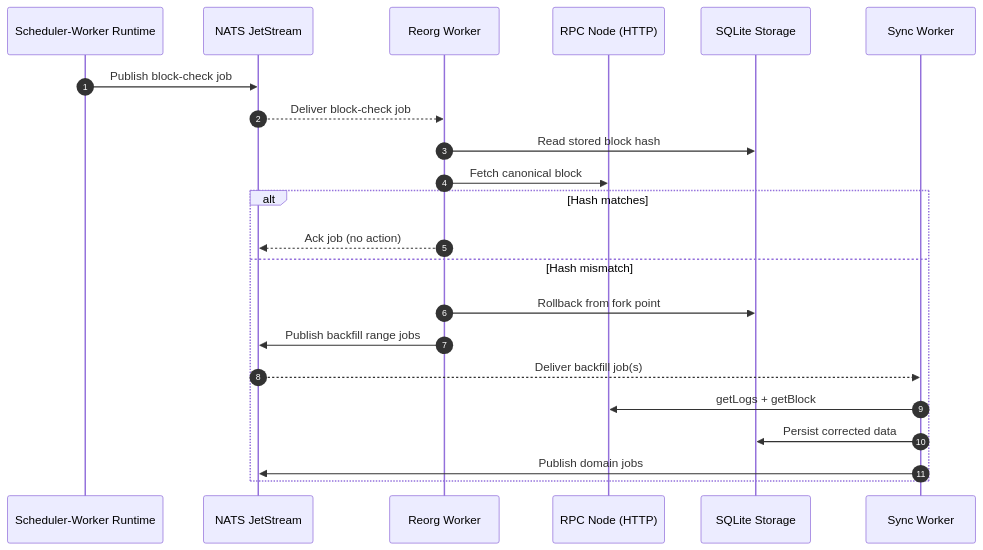
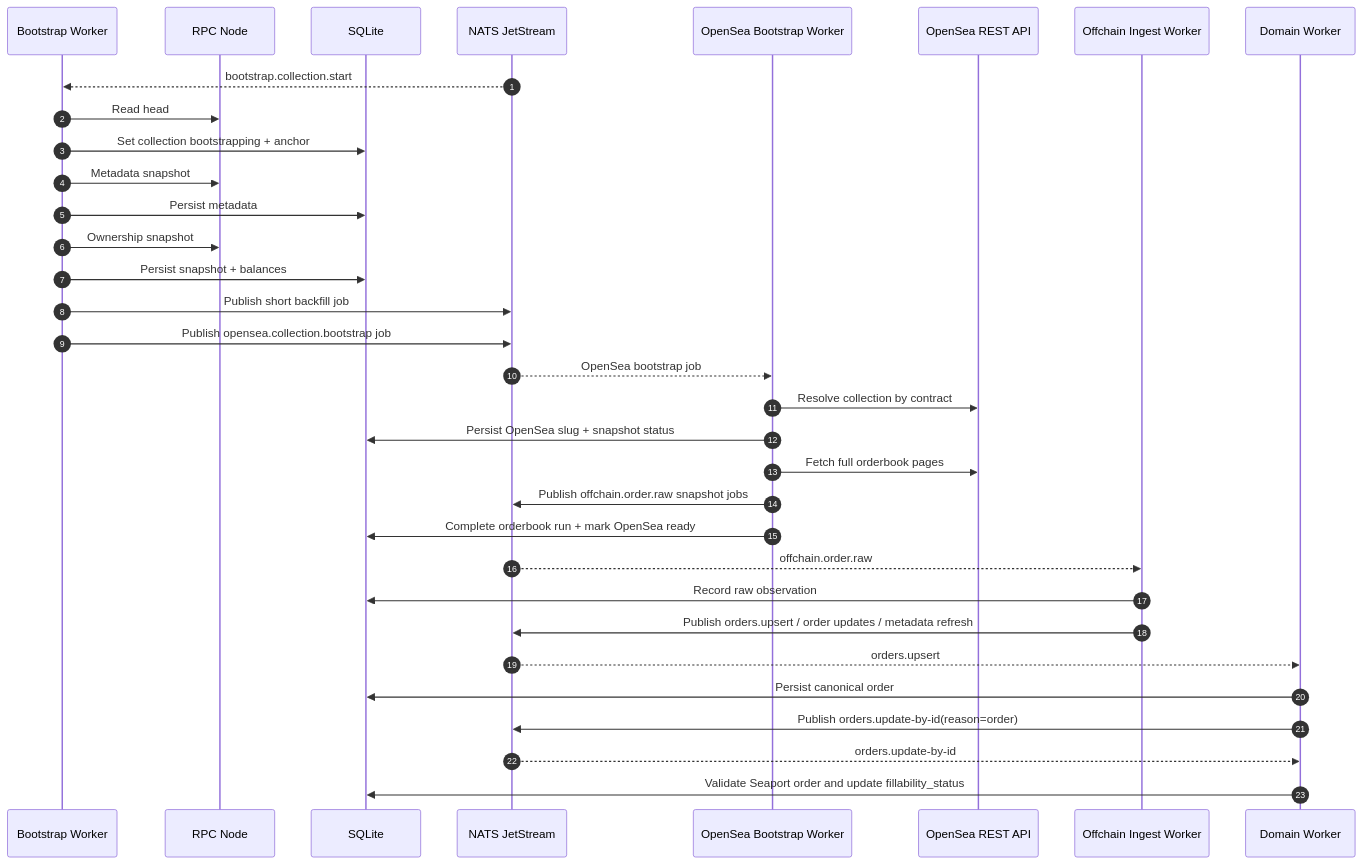
The second of 3 diagrams in docs/indexer/13-sequence-diagrams.md (d347h-eth/artgod), drawn with Mermaid before and after one commit. The commit also changed other lines of this file and 10 other files, not shown here.

````diff
--- a/docs/indexer/13-sequence-diagrams.md
+++ b/docs/indexer/13-sequence-diagrams.md
@@ -32,26 +35,39 @@
 ```mermaid
 sequenceDiagram
     autonumber
-    participant SchedulerWorker as Scheduler-Worker Runtime
+    participant Bootstrap as Bootstrap Worker
+    participant RPC as RPC Node
+    participant DB as SQLite
     participant NATS as NATS JetStream
-    participant Reorg as Reorg Worker
-    participant RPC as RPC Node (HTTP)
-    participant DB as SQLite Storage
-    participant Sync as Sync Worker
+    participant OSBoot as OpenSea Bootstrap Worker
+    participant OSAPI as OpenSea REST API
+    participant Offchain as Offchain Ingest Worker
+    participant Domain as Domain Worker
 
-    SchedulerWorker->>NATS: Publish block-check job
-    NATS-->>Reorg: Deliver block-check job
-    Reorg->>DB: Read stored block hash
-    Reorg->>RPC: Fetch canonical block
+    NATS-->>Bootstrap: bootstrap.collection.start
+    Bootstrap->>RPC: Read head
+    Bootstrap->>DB: Set collection bootstrapping + anchor
+    Bootstrap->>RPC: Metadata snapshot
+    Bootstrap->>DB: Persist metadata
+    Bootstrap->>RPC: Ownership snapshot
+    Bootstrap->>DB: Persist snapshot + balances
+    Bootstrap->>NATS: Publish short backfill job
+    Bootstrap->>NATS: Publish opensea.collection.bootstrap job
 
-    alt Hash matches
-        Reorg-->>NATS: Ack job (no action)
-    else Hash mismatch
-        Reorg->>DB: Rollback from fork point
-        Reorg->>NATS: Publish backfill range jobs
-        NATS-->>Sync: Deliver backfill job(s)
-        Sync->>RPC: getLogs + getBlock
-        Sync->>DB: Persist corrected data
-        Sync->>NATS: Publish domain jobs
-    end
+    NATS-->>OSBoot: OpenSea bootstrap job
+    OSBoot->>OSAPI: Resolve collection by contract
+    OSBoot->>DB: Persist OpenSea slug + snapshot status
+    OSBoot->>OSAPI: Fetch full orderbook pages
+    OSBoot->>NATS: Publish offchain.order.raw snapshot jobs
+    OSBoot->>DB: Complete orderbook run + mark OpenSea ready
+
+    NATS-->>Offchain: offchain.order.raw
+    Offchain->>DB: Record raw observation
+    Offchain->>NATS: Publish orders.upsert / order updates / metadata refresh
+
+    NATS-->>Domain: orders.upsert
+    Domain->>DB: Persist canonical order
+    Domain->>NATS: Publish orders.update-by-id(reason=order)
+    NATS-->>Domain: orders.update-by-id
+    Domain->>DB: Validate Seaport order and update fillability_status
 ```
````
